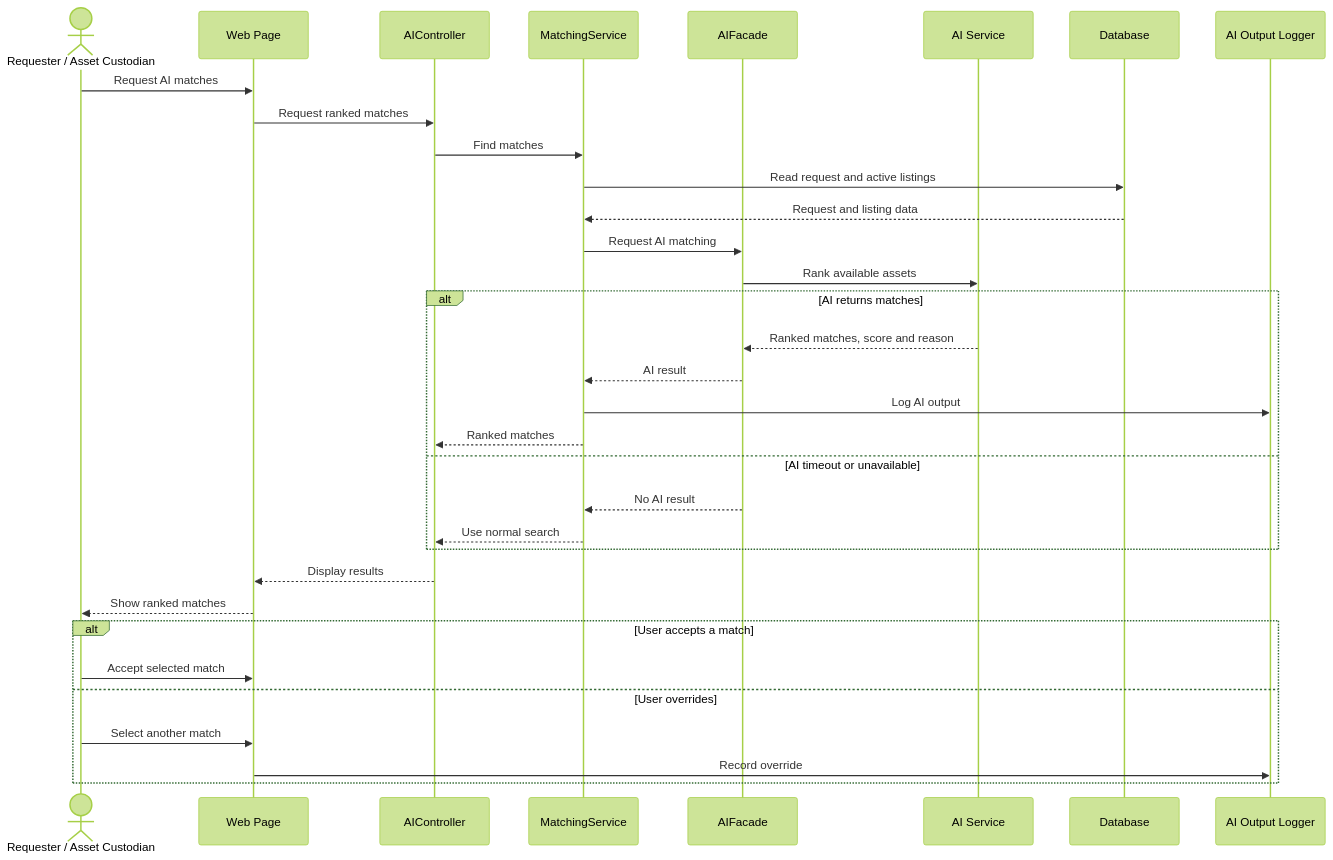
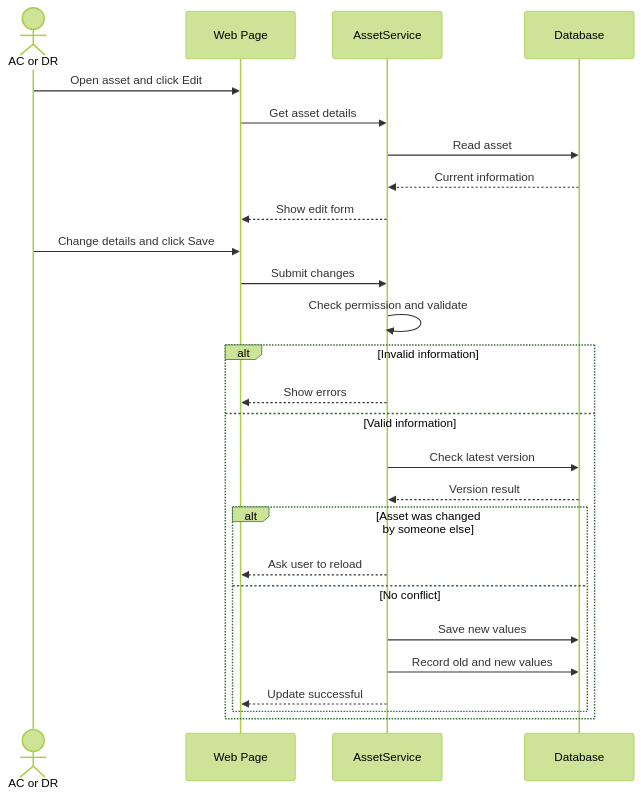
The second of 12 diagrams in phase 4-5/01_part1_assets_marketplace_requests.md (Abdulla66541/COSC336-GROUP5), drawn with Mermaid (forest theme) before and after one commit. The commit also changed other lines of this file, not shown here.

````diff
--- a/phase 4-5/01_part1_assets_marketplace_requests.md
+++ b/phase 4-5/01_part1_assets_marketplace_requests.md
@@ -91,39 +80,32 @@
 ```mermaid
 sequenceDiagram
-    actor U as Requester / Asset Custodian
+    actor U as AC or DR
     participant UI as Web Page
-    participant AIC as AIController
-    participant MS as MatchingService
-    participant AF as AIFacade
-    participant AI as AI Service
+    participant S as AssetService
     participant DB as Database
-    participant LOG as AI Output Logger
 
-    U->>UI: Request AI matches
-    UI->>AIC: Request ranked matches
-    AIC->>MS: Find matches
-    MS->>DB: Read request and active listings
-    DB-->>MS: Request and listing data
-    MS->>AF: Request AI matching
-    AF->>AI: Rank available assets
+    U->>UI: Open asset and click Edit
+    UI->>S: Get asset details
+    S->>DB: Read asset
+    DB-->>S: Current information
+    S-->>UI: Show edit form
 
-    alt AI returns matches
-        AI-->>AF: Ranked matches, score and reason
-        AF-->>MS: AI result
-        MS->>LOG: Log AI output
-        MS-->>AIC: Ranked matches
-    else AI timeout or unavailable
-        AF-->>MS: No AI result
-        MS-->>AIC: Use normal search
-    end
+    U->>UI: Change details and click Save
+    UI->>S: Submit changes
+    S->>S: Check permission and validate
 
-    AIC-->>UI: Display results
-    UI-->>U: Show ranked matches
+    alt Invalid information
+        S-->>UI: Show errors
+    else Valid information
+        S->>DB: Check latest version
+        DB-->>S: Version result
 
-    alt User accepts a match
-        U->>UI: Accept selected match
-    else User overrides
-        U->>UI: Select another match
-        UI->>LOG: Record override
+        alt Asset was changed by someone else
+            S-->>UI: Ask user to reload
+        else No conflict
+            S->>DB: Save new values
+            S->>DB: Record old and new values
+            S-->>UI: Update successful
+        end
     end
 ```
````
